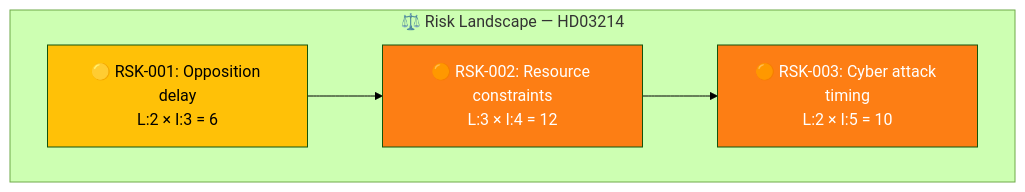
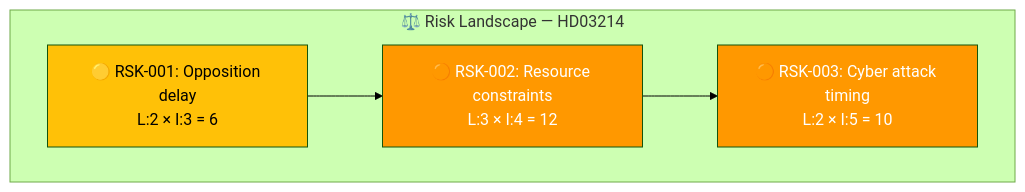
One commit to Hack23/riksdagsmonitor changed the second of 2 diagrams in analysis/daily/2026-04-01/documents/HD03214-analysis.md. Above: the diagram before and after it, drawn with Mermaid (forest theme). The commit also changed other lines of this file and 785 other files, not shown here.

First line of the commit message:
Normalize mermaid colors across 786 analysis artifacts to ISMS Style Guide palette

````diff
--- a/analysis/daily/2026-04-01/documents/HD03214-analysis.md
+++ b/analysis/daily/2026-04-01/documents/HD03214-analysis.md
@@ -93,14 +93,14 @@
 ```mermaid
 graph TD
     subgraph "⚖️ Risk Landscape — HD03214"
         R1["🟡 RSK-001: Opposition delay<br/>L:2 × I:3 = 6"]
         R2["🟠 RSK-002: Resource constraints<br/>L:3 × I:4 = 12"]
         R3["🟠 RSK-003: Cyber attack timing<br/>L:2 × I:5 = 10"]
     end
     R1 --> R2
     R2 --> R3
     
-    style R1 fill:#ffc107,color:#000
-    style R2 fill:#fd7e14,color:#fff
-    style R3 fill:#fd7e14,color:#fff
+    style R1 fill:#FFC107,color:#000000
+    style R2 fill:#FF9800,color:#FFFFFF
+    style R3 fill:#FF9800,color:#FFFFFF
 ```
````
